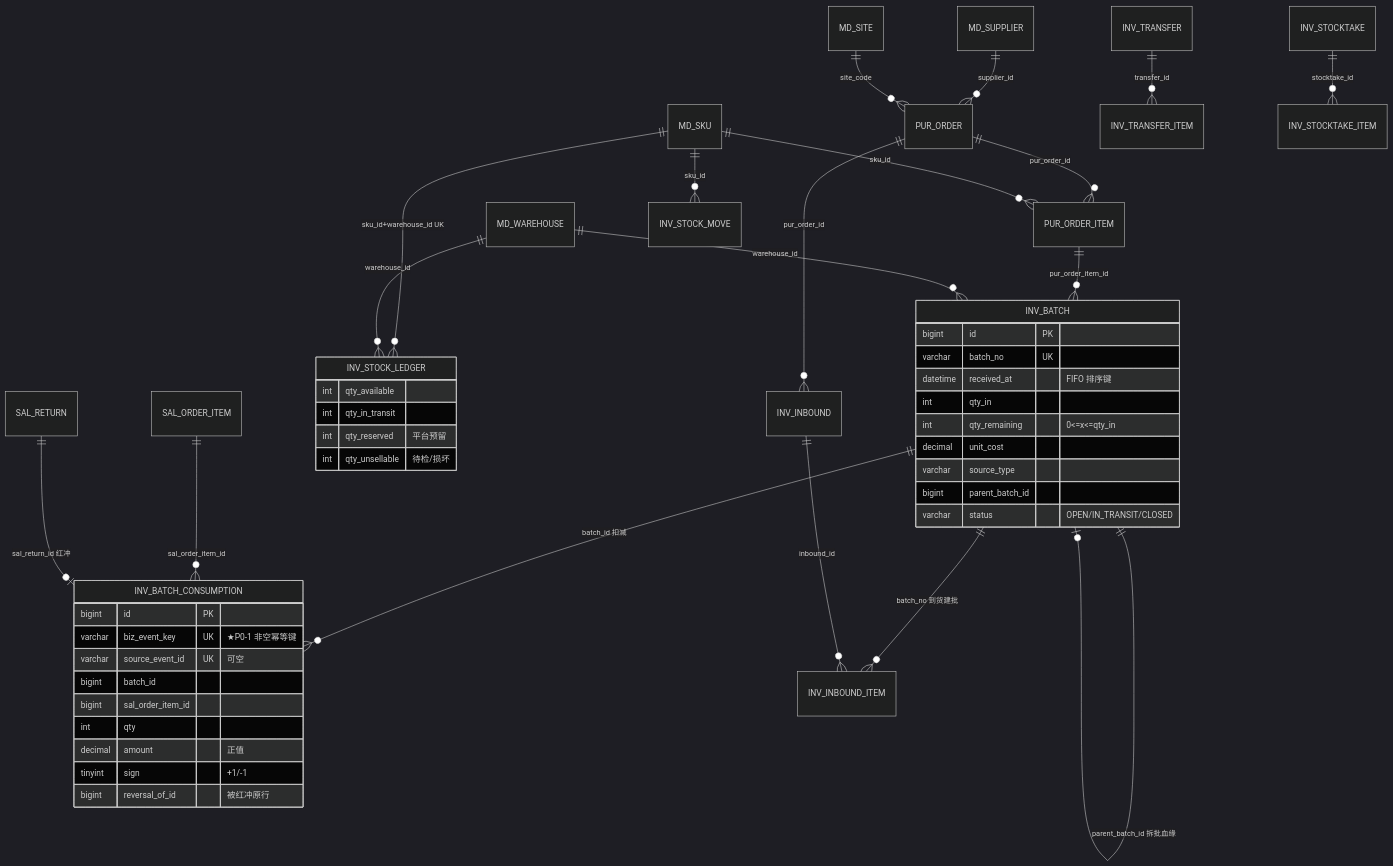
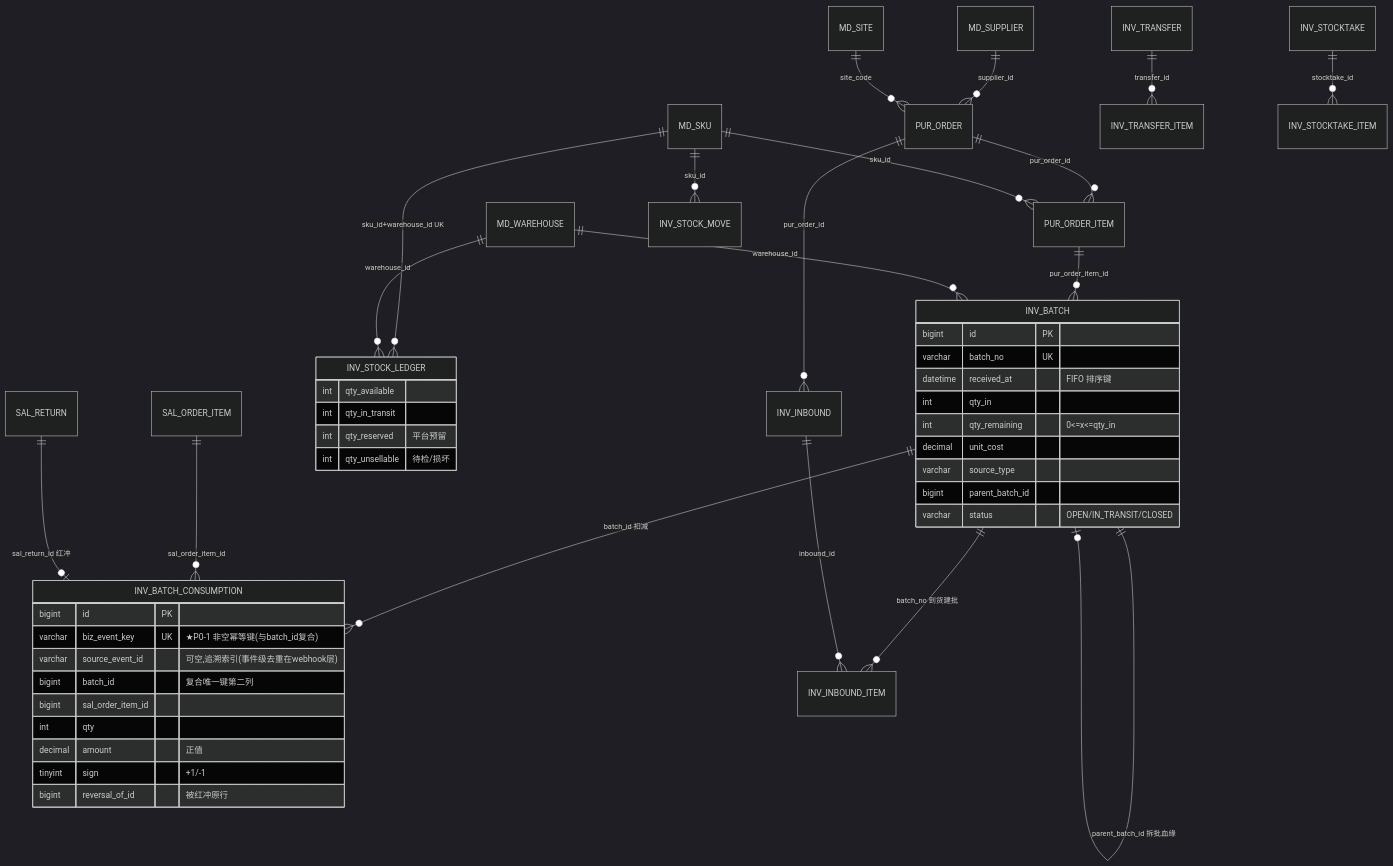
One commit to dreamofheart1/noonERP changed the second of 4 diagrams in docs/noon-erp-schema-v0.5-er.md. Above: the diagram before and after it, drawn with Mermaid (dark theme). The commit also changed other lines of this file and 7 other files, not shown here.

````diff
--- a/docs/noon-erp-schema-v0.5-er.md
+++ b/docs/noon-erp-schema-v0.5-er.md
@@ -97,50 +97,50 @@
 ```mermaid
 erDiagram
     MD_SUPPLIER ||--o{ PUR_ORDER : "supplier_id"
     MD_SITE ||--o{ PUR_ORDER : "site_code"
     PUR_ORDER ||--o{ PUR_ORDER_ITEM : "pur_order_id"
     MD_SKU ||--o{ PUR_ORDER_ITEM : "sku_id"
     PUR_ORDER_ITEM ||--o{ INV_BATCH : "pur_order_item_id"
     MD_WAREHOUSE ||--o{ INV_BATCH : "warehouse_id"
     INV_BATCH ||--o| INV_BATCH : "parent_batch_id 拆批血缘"
     INV_BATCH ||--o{ INV_BATCH_CONSUMPTION : "batch_id 扣减"
     INV_BATCH ||--o{ INV_INBOUND_ITEM : "batch_no 到货建批"
     PUR_ORDER ||--o{ INV_INBOUND : "pur_order_id"
     INV_INBOUND ||--o{ INV_INBOUND_ITEM : "inbound_id"
     MD_SKU ||--o{ INV_STOCK_LEDGER : "sku_id+warehouse_id UK"
     MD_WAREHOUSE ||--o{ INV_STOCK_LEDGER : "warehouse_id"
     MD_SKU ||--o{ INV_STOCK_MOVE : "sku_id"
     INV_TRANSFER ||--o{ INV_TRANSFER_ITEM : "transfer_id"
     INV_STOCKTAKE ||--o{ INV_STOCKTAKE_ITEM : "stocktake_id"
     SAL_ORDER_ITEM ||--o{ INV_BATCH_CONSUMPTION : "sal_order_item_id"
     SAL_RETURN ||--o| INV_BATCH_CONSUMPTION : "sal_return_id 红冲"
 
     INV_BATCH {
         bigint id PK
         varchar batch_no UK
         datetime received_at "FIFO 排序键"
         int qty_in
         int qty_remaining "0<=x<=qty_in"
         decimal unit_cost
         varchar source_type
         bigint parent_batch_id
         varchar status "OPEN/IN_TRANSIT/CLOSED"
     }
     INV_BATCH_CONSUMPTION {
         bigint id PK
-        varchar biz_event_key UK "★P0-1 非空幂等键"
-        varchar source_event_id UK "可空"
-        bigint batch_id
+        varchar biz_event_key UK "★P0-1 非空幂等键(与batch_id复合)"
+        varchar source_event_id "可空,追溯索引(事件级去重在webhook层)"
+        bigint batch_id "复合唯一键第二列"
         bigint sal_order_item_id
         int qty
         decimal amount "正值"
         tinyint sign "+1/-1"
         bigint reversal_of_id "被红冲原行"
     }
     INV_STOCK_LEDGER {
         int qty_available
         int qty_in_transit
         int qty_reserved "平台预留"
         int qty_unsellable "待检/损坏"
     }
 ```
````
